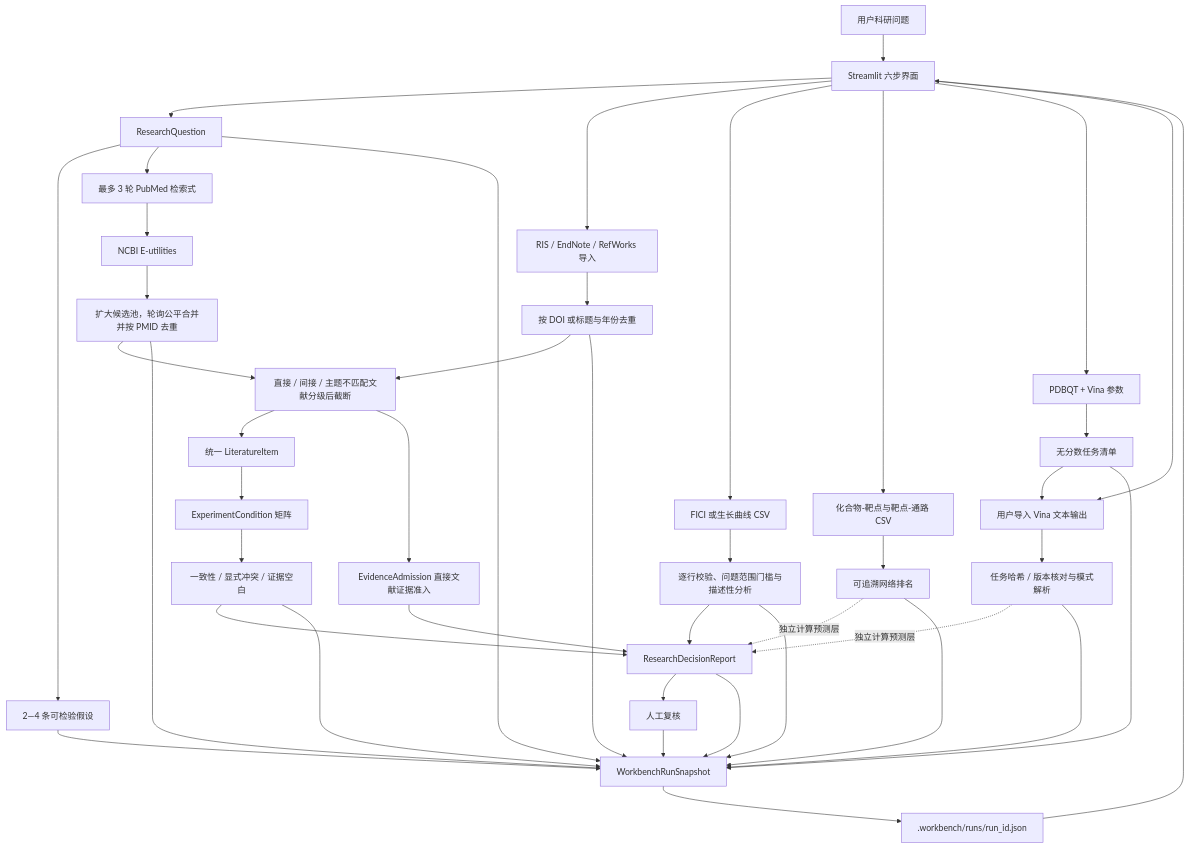
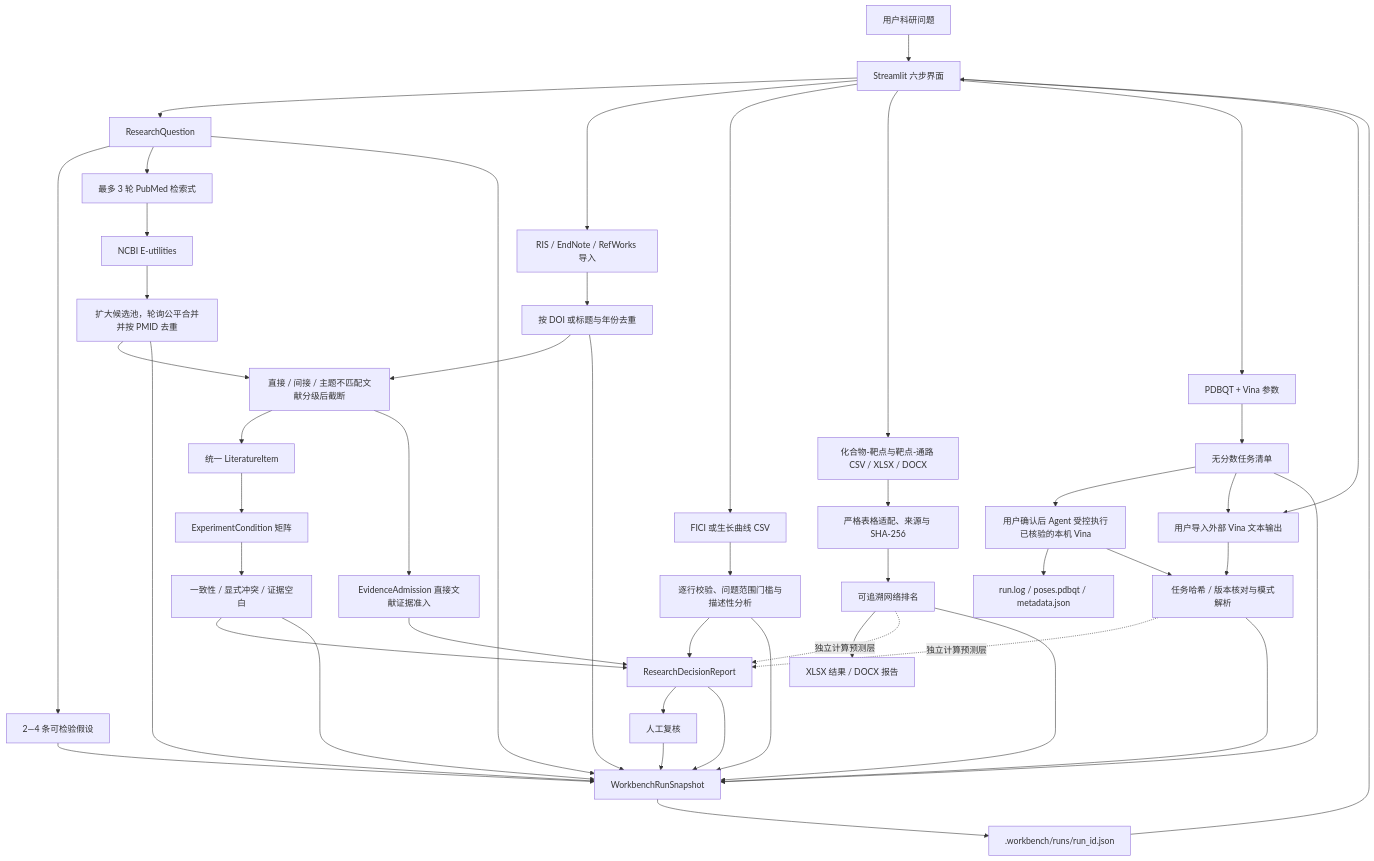
The first of 2 diagrams in docs/ARCHITECTURE.md (Funluned/vetagenteviidence), drawn with Mermaid before and after one commit. The commit also changed other lines of this file and 18 other files, not shown here.

````diff
--- a/docs/ARCHITECTURE.md
+++ b/docs/ARCHITECTURE.md
@@ -13,49 +13,54 @@
 ```mermaid
 flowchart TD
     U["用户科研问题"] --> UI["Streamlit 六步界面"]
     UI --> Q["ResearchQuestion"]
     Q --> H["2—4 条可检验假设"]
     Q --> P["最多 3 轮 PubMed 检索式"]
     P --> N["NCBI E-utilities"]
     N --> D["扩大候选池，轮询公平合并并按 PMID 去重"]
 
     UI --> I["RIS / EndNote / RefWorks 导入"]
     I --> ID["按 DOI 或标题与年份去重"]
 
     D --> G["直接 / 间接 / 主题不匹配文献分级后截断"]
     ID --> G
     G --> L["统一 LiteratureItem"]
     L --> C["ExperimentCondition 矩阵"]
     C --> A["一致性 / 显式冲突 / 证据空白"]
     G --> AD["EvidenceAdmission 直接文献证据准入"]
 
     UI --> CSV["FICI 或生长曲线 CSV"]
     CSV --> X["逐行校验、问题范围门槛与描述性分析"]
-    UI --> NP["化合物-靶点与靶点-通路 CSV"]
-    NP --> NX["可追溯网络排名"]
+    UI --> NP["化合物-靶点与靶点-通路 CSV / XLSX / DOCX"]
+    NP --> NF["严格表格适配、来源与 SHA-256"]
+    NF --> NX["可追溯网络排名"]
+    NX --> NE["XLSX 结果 / DOCX 报告"]
     UI --> DM["PDBQT + Vina 参数"]
     DM --> VM["无分数任务清单"]
-    UI --> VO["用户导入 Vina 文本输出"]
+    VM --> LV["用户确认后 Agent 受控执行已核验的本机 Vina"]
+    LV --> VA["run.log / poses.pdbqt / metadata.json"]
+    UI --> VO["用户导入外部 Vina 文本输出"]
     VM --> VO
+    LV --> DX
     VO --> DX["任务哈希 / 版本核对与模式解析"]
     A --> R["ResearchDecisionReport"]
     AD --> R
     X --> R
     NX -. "独立计算预测层" .-> R
     DX -. "独立计算预测层" .-> R
     R --> HR["人工复核"]
 
     Q --> S["WorkbenchRunSnapshot"]
     H --> S
     D --> S
     ID --> S
     A --> S
     X --> S
     NX --> S
     VM --> S
     DX --> S
     R --> S
     HR --> S
     S --> FS[".workbench/runs/run_id.json"]
     FS --> UI
 ```
````
